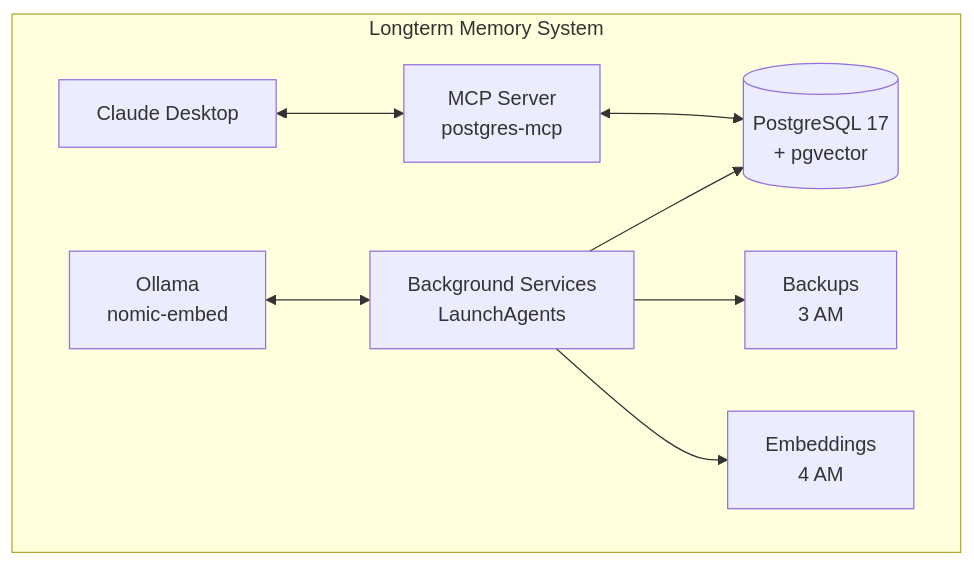
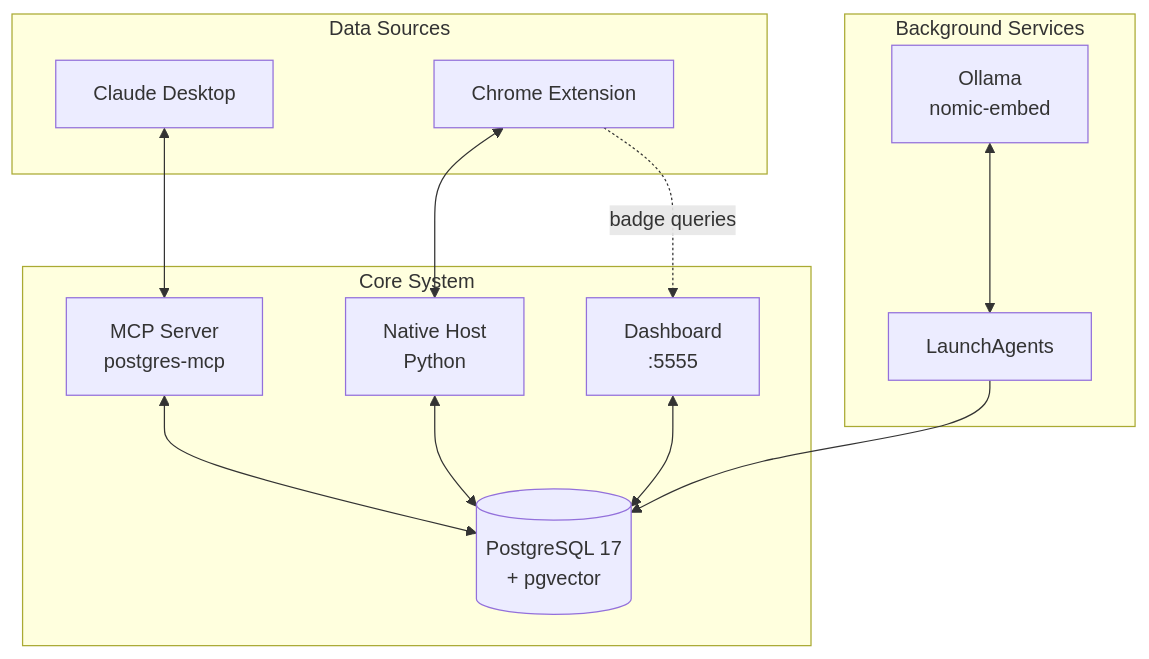
Before and after one commit to MyronKoch/longterm-memory-macos: the diagram in docs/ARCHITECTURE.md, drawn with Mermaid. The commit also changed other lines of this file, not shown here.

Commit message:
Add browser extension to architecture diagram and component table

````diff
--- a/docs/ARCHITECTURE.md
+++ b/docs/ARCHITECTURE.md
@@ -5,13 +5,31 @@
 ```mermaid
 flowchart TB
-    subgraph System[Longterm Memory System]
-        Claude[Claude Desktop] <--> MCP[MCP Server<br/>postgres-mcp]
-        MCP <--> DB[(PostgreSQL 17<br/>+ pgvector)]
-        
-        Ollama[Ollama<br/>nomic-embed] <--> BG[Background Services<br/>LaunchAgents]
-        BG --> DB
-        
-        BG --> Backups[Backups<br/>3 AM]
-        BG --> Embed[Embeddings<br/>4 AM]
+    subgraph Inputs[Data Sources]
+        Claude[Claude Desktop]
+        Browser[Chrome Extension]
     end
+    
+    subgraph Core[Core System]
+        MCP[MCP Server<br/>postgres-mcp]
+        NH[Native Host<br/>Python]
+        DB[(PostgreSQL 17<br/>+ pgvector)]
+        Dash[Dashboard<br/>:5555]
+    end
+    
+    subgraph Services[Background Services]
+        Ollama[Ollama<br/>nomic-embed]
+        BG[LaunchAgents]
+    end
+    
+    Claude <--> MCP
+    MCP <--> DB
+    
+    Browser <--> NH
+    NH <--> DB
+    
+    Dash <--> DB
+    Browser -.->|badge queries| Dash
+    
+    BG --> DB
+    Ollama <--> BG
 ```
````
